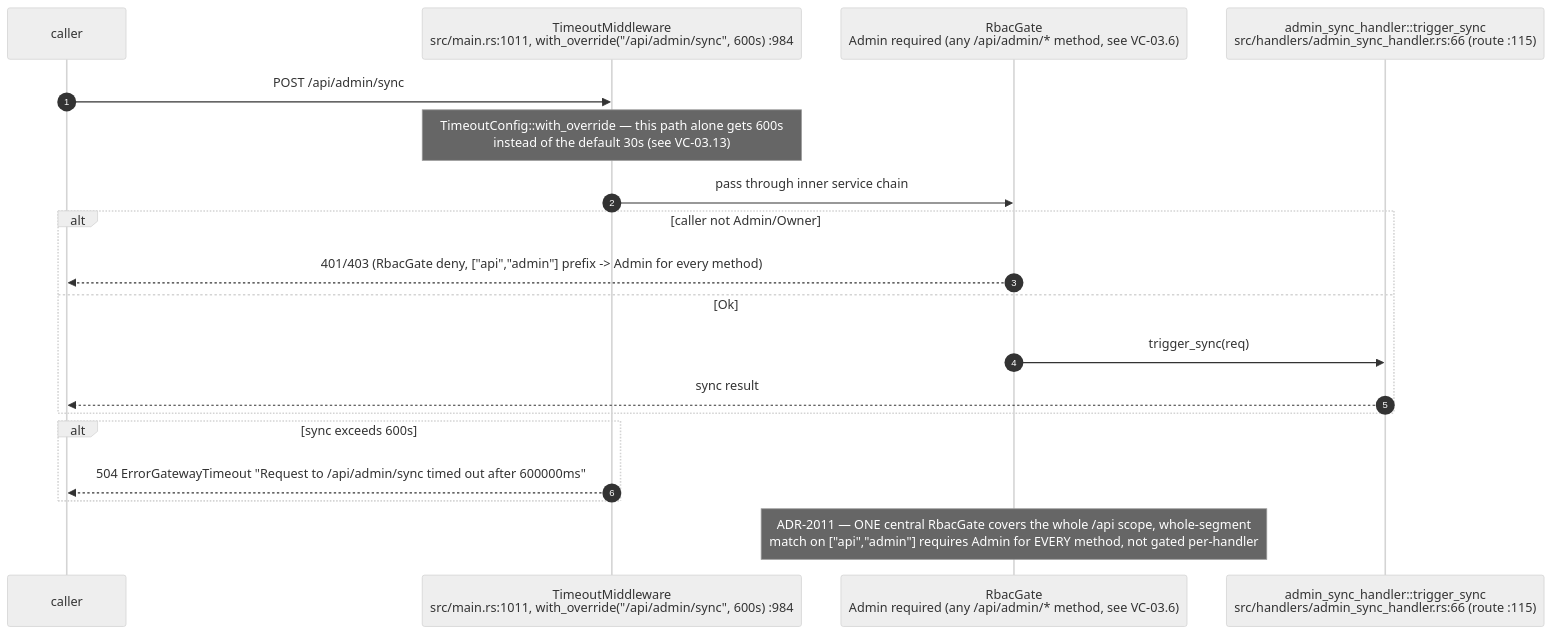
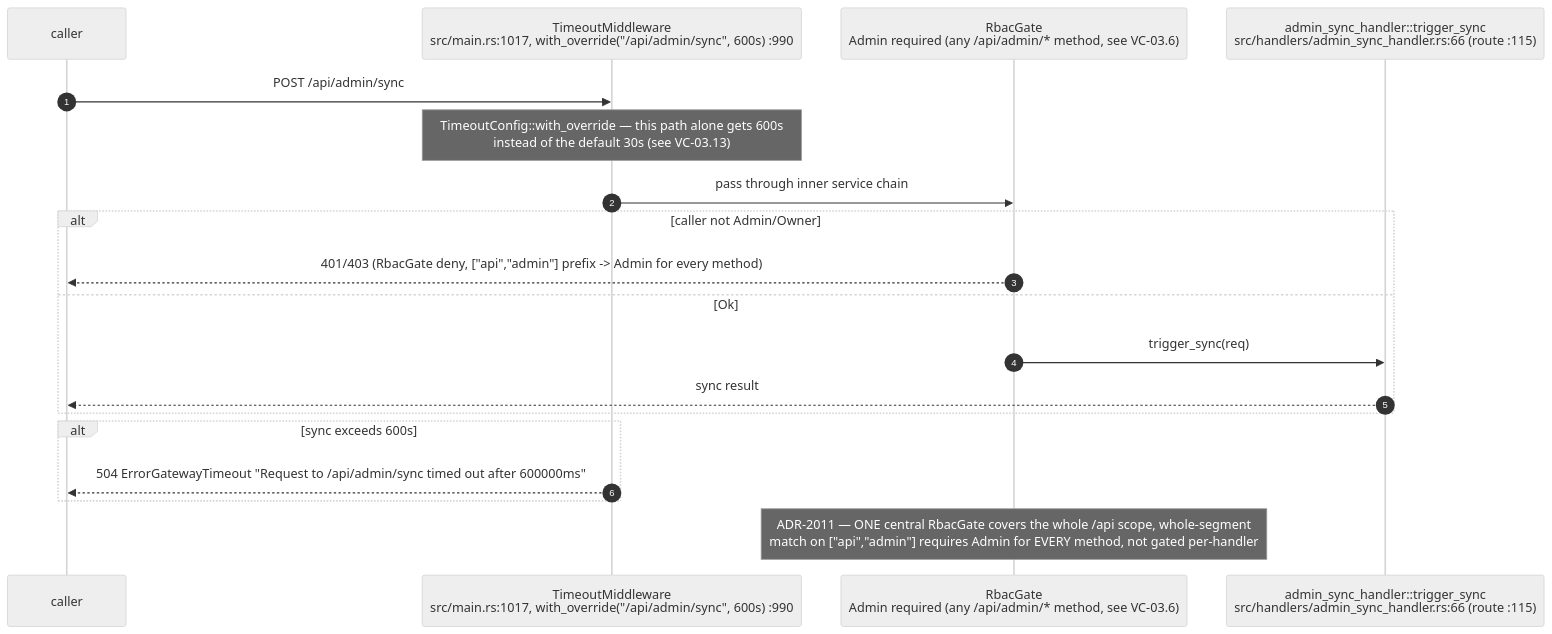
The second of 18 diagrams in docs/diagrams/visionclaw/05-handlers-governance-and-identity.md (DreamLab-AI/VisionFlow), drawn with Mermaid (neutral theme) before and after one commit. The commit also changed other lines of this file and 32 other files, not shown here.

````diff
--- a/docs/diagrams/visionclaw/05-handlers-governance-and-identity.md
+++ b/docs/diagrams/visionclaw/05-handlers-governance-and-identity.md
@@ -117,22 +117,22 @@
 ```mermaid
 sequenceDiagram
     autonumber
     participant C as caller
-    participant TO as TimeoutMiddleware<br/>src/main.rs:1011, with_override("/api/admin/sync", 600s) :984
+    participant TO as TimeoutMiddleware<br/>src/main.rs:1017, with_override("/api/admin/sync", 600s) :990
     participant RG as RbacGate<br/>Admin required (any /api/admin/* method, see VC-03.6)
     participant H as admin_sync_handler::trigger_sync<br/>src/handlers/admin_sync_handler.rs:66 (route :115)
 
     C->>TO: POST /api/admin/sync
     Note over TO: TimeoutConfig::with_override — this path alone gets 600s<br/>instead of the default 30s (see VC-03.13)
     TO->>RG: pass through inner service chain
     alt caller not Admin/Owner
         RG-->>C: 401/403 (RbacGate deny, ["api","admin"] prefix -> Admin for every method)
     else Ok
         RG->>H: trigger_sync(req)
         H-->>C: sync result
     end
     alt sync exceeds 600s
         TO-->>C: 504 ErrorGatewayTimeout "Request to /api/admin/sync timed out after 600000ms"
     end
     Note over RG: ADR-2011 — ONE central RbacGate covers the whole /api scope, whole-segment<br/>match on ["api","admin"] requires Admin for EVERY method, not gated per-handler
 ```
````
